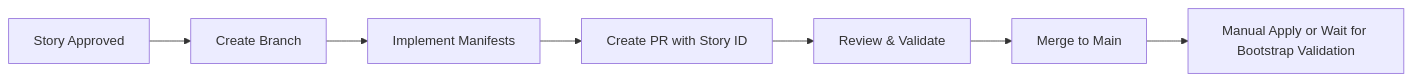
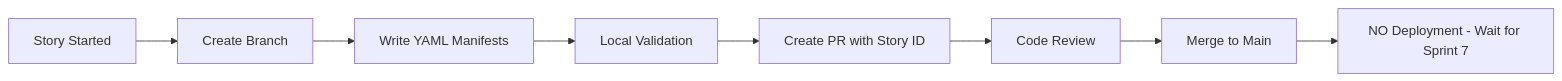
The first of 2 diagrams in docs/SCHEDULE-V2-GREENFIELD.md (monosense-io/k8s-gitops), drawn with Mermaid before and after one commit. The commit also changed other lines of this file and 435 other files, not shown here.

````diff
--- a/docs/SCHEDULE-V2-GREENFIELD.md
+++ b/docs/SCHEDULE-V2-GREENFIELD.md
@@ -289,9 +418,10 @@
 ```mermaid
 graph LR
-    A[Story Approved] --> B[Create Branch]
-    B --> C[Implement Manifests]
-    C --> D[Create PR with Story ID]
-    D --> E[Review & Validate]
-    E --> F[Merge to Main]
-    F --> G[Manual Apply or Wait for Bootstrap Validation]
+    A[Story Started] --> B[Create Branch]
+    B --> C[Write YAML Manifests]
+    C --> D[Local Validation]
+    D --> E[Create PR with Story ID]
+    E --> F[Code Review]
+    F --> G[Merge to Main]
+    G --> H[NO Deployment - Wait for Sprint 7]
 ```
````
